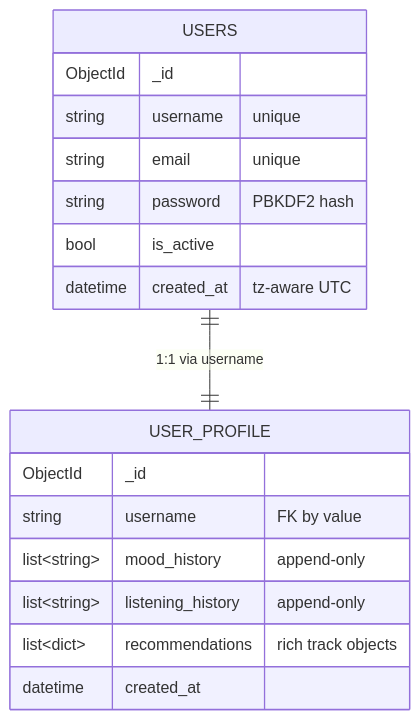
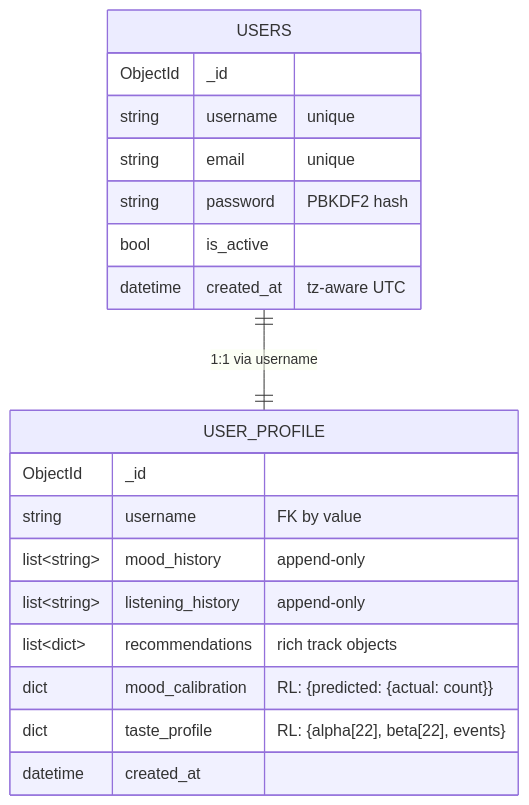
The fourth of 6 diagrams in backend/README.md (hoangsonww/Moodify-Emotion-Music-App), drawn with Mermaid before and after one commit. The commit also changed other lines of this file and 29 other files, not shown here.

````diff
--- a/backend/README.md
+++ b/backend/README.md
@@ -204,22 +204,24 @@
 ```mermaid
 erDiagram
     USERS ||--|| USER_PROFILE : "1:1 via username"
 
     USERS {
         ObjectId _id
         string username "unique"
         string email "unique"
         string password "PBKDF2 hash"
         bool is_active
         datetime created_at "tz-aware UTC"
     }
 
     USER_PROFILE {
         ObjectId _id
         string username "FK by value"
         list~string~ mood_history "append-only"
         list~string~ listening_history "append-only"
         list~dict~ recommendations "rich track objects"
+        dict mood_calibration "RL: {predicted: {actual: count}}"
+        dict taste_profile "RL: {alpha[22], beta[22], events}"
         datetime created_at
     }
 ```
````
